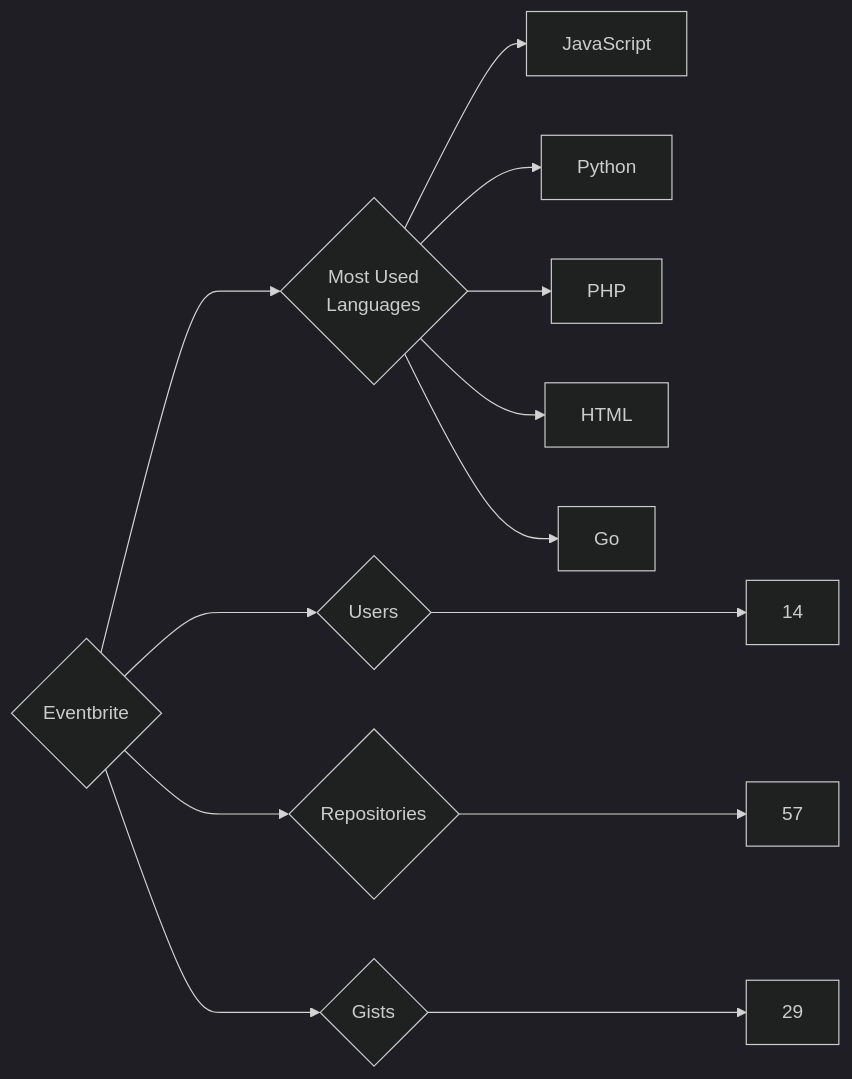
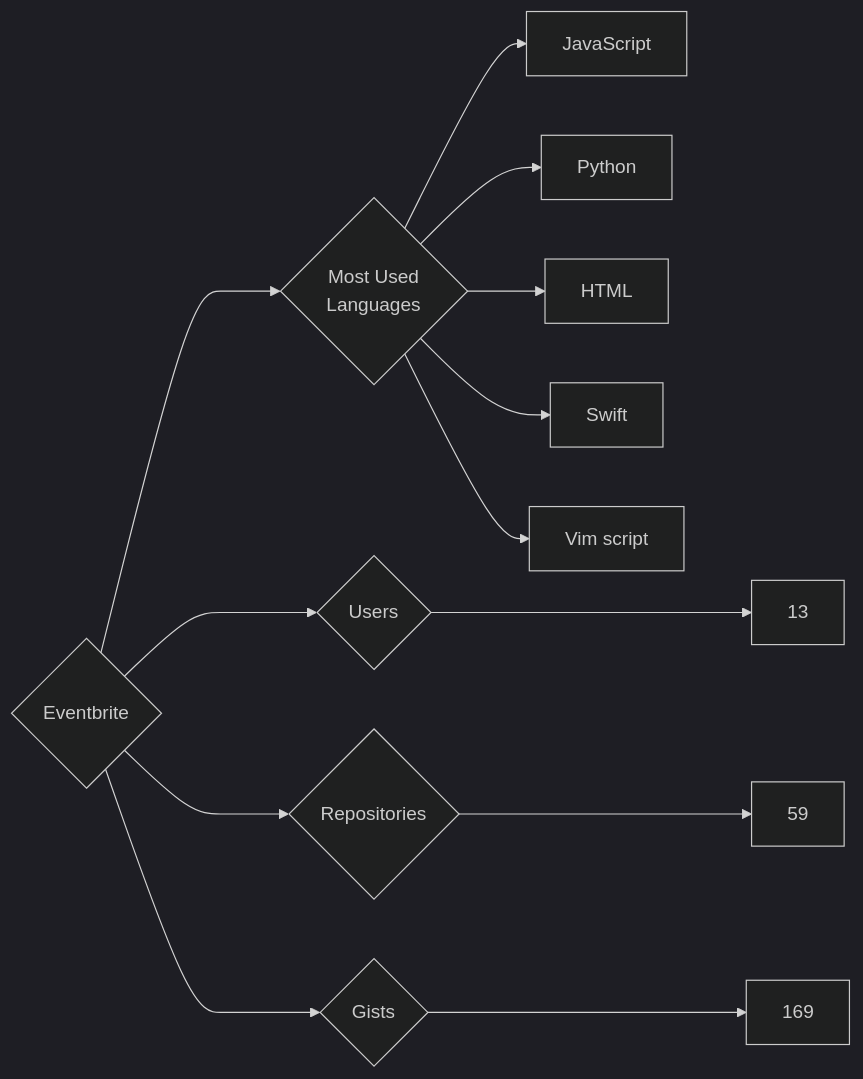
One commit to trickest/insiders changed the diagram in targets/Eventbrite/README.md. Above: the diagram before and after it, drawn with Mermaid (dark theme). The commit also changed 775 other files, not shown here.

````diff
--- a/targets/Eventbrite/README.md
+++ b/targets/Eventbrite/README.md
@@ -3,13 +3,13 @@
 ```mermaid
 graph LR
 COMPANY_NAME{Eventbrite}
-COMPANY_NAME ---> U{Users} ---> UN[14]
-COMPANY_NAME ---> R{Repositories} ---> RN[57]
-COMPANY_NAME ---> G{Gists} ---> GN[29]
+COMPANY_NAME ---> U{Users} ---> UN[13]
+COMPANY_NAME ---> R{Repositories} ---> RN[59]
+COMPANY_NAME ---> G{Gists} ---> GN[169]
 COMPANY_NAME ---> ML{Most Used<br>Languages}
 ML --> JavaScript[JavaScript]
 ML --> Python[Python]
-ML --> PHP[PHP]
 ML --> HTML[HTML]
-ML --> Go[Go]
+ML --> Swift[Swift]
+ML --> Vim_script[Vim script]
 ```
````
